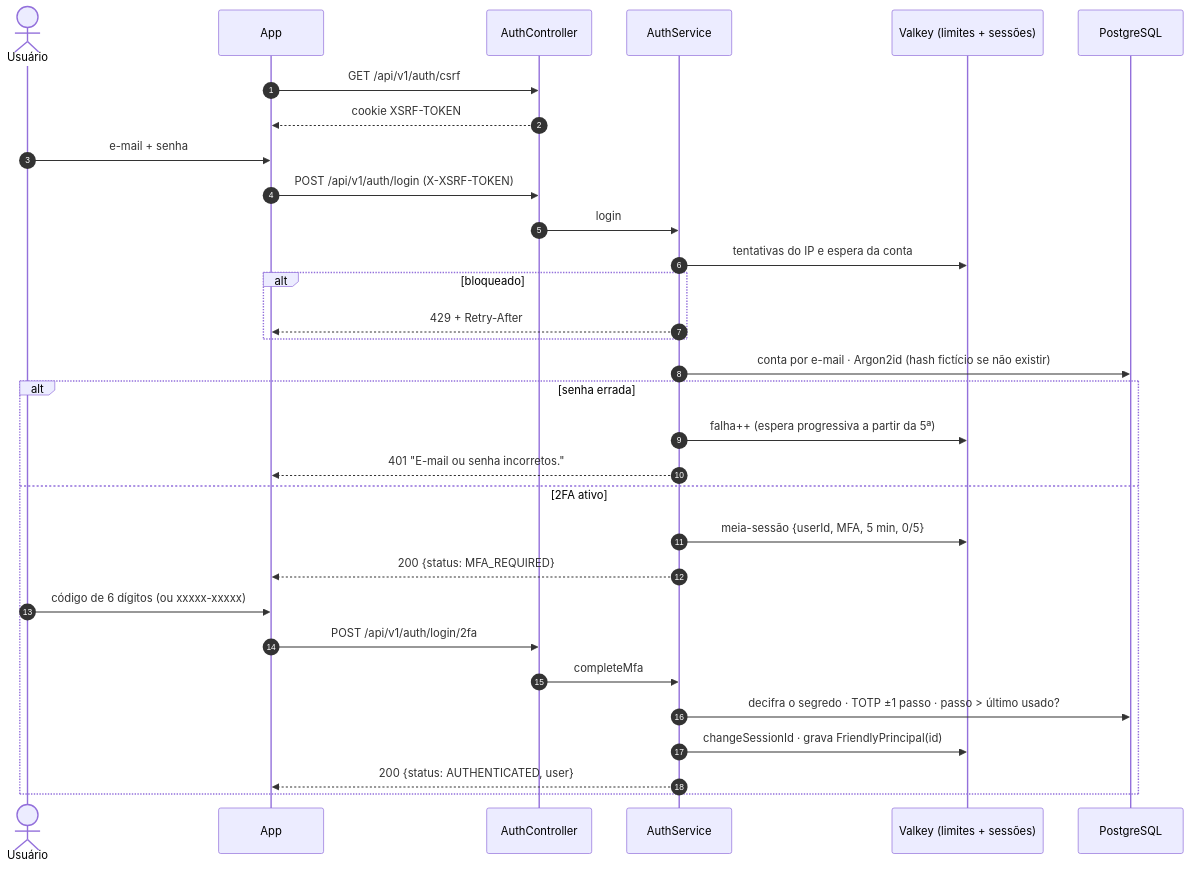
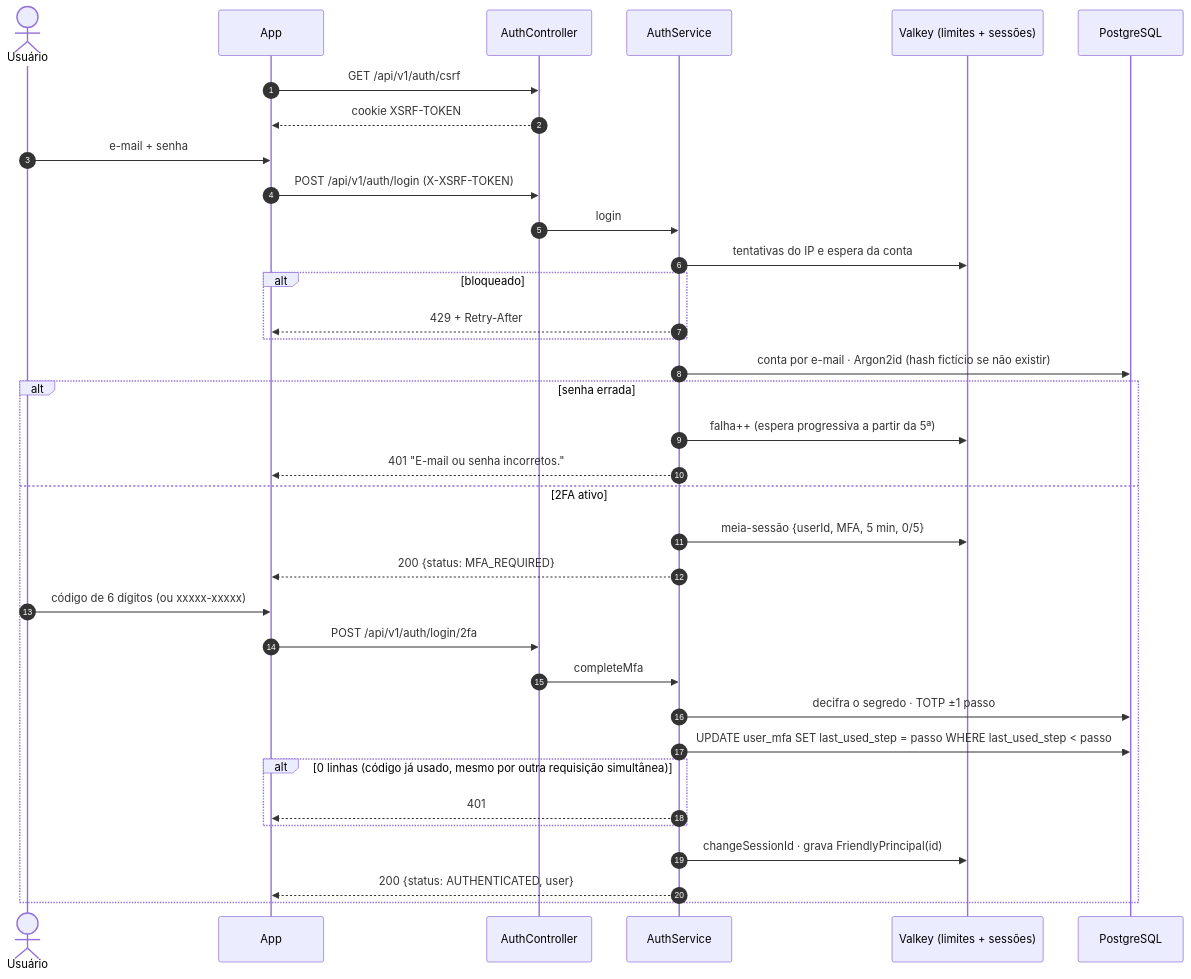
One commit to MatheusHaliski/Friendly-Eats changed the first of 2 diagrams in docs/RF4/sequencia.md. Above: the diagram before and after it, drawn with Mermaid. The commit also changed other lines of this file and 8 other files, not shown here.

````diff
--- a/docs/RF4/sequencia.md
+++ b/docs/RF4/sequencia.md
@@ -5,34 +5,38 @@
 ```mermaid
 sequenceDiagram
     autonumber
     actor U as Usuário
     participant APP as App
     participant API as AuthController
     participant A as AuthService
     participant VK as Valkey (limites + sessões)
     participant DB as PostgreSQL
 
     APP->>API: GET /api/v1/auth/csrf
     API-->>APP: cookie XSRF-TOKEN
     U->>APP: e-mail + senha
     APP->>API: POST /api/v1/auth/login (X-XSRF-TOKEN)
     API->>A: login
     A->>VK: tentativas do IP e espera da conta
     alt bloqueado
         A-->>APP: 429 + Retry-After
     end
     A->>DB: conta por e-mail · Argon2id (hash fictício se não existir)
     alt senha errada
         A->>VK: falha++ (espera progressiva a partir da 5ª)
         A-->>APP: 401 "E-mail ou senha incorretos."
     else 2FA ativo
         A->>VK: meia-sessão {userId, MFA, 5 min, 0/5}
         A-->>APP: 200 {status: MFA_REQUIRED}
         U->>APP: código de 6 dígitos (ou xxxxx-xxxxx)
         APP->>API: POST /api/v1/auth/login/2fa
         API->>A: completeMfa
-        A->>DB: decifra o segredo · TOTP ±1 passo · passo > último usado?
+        A->>DB: decifra o segredo · TOTP ±1 passo
+        A->>DB: UPDATE user_mfa SET last_used_step = passo WHERE last_used_step < passo
+        alt 0 linhas (código já usado, mesmo por outra requisição simultânea)
+            A-->>APP: 401
+        end
         A->>VK: changeSessionId · grava FriendlyPrincipal(id)
         A-->>APP: 200 {status: AUTHENTICATED, user}
     end
 ```
````
